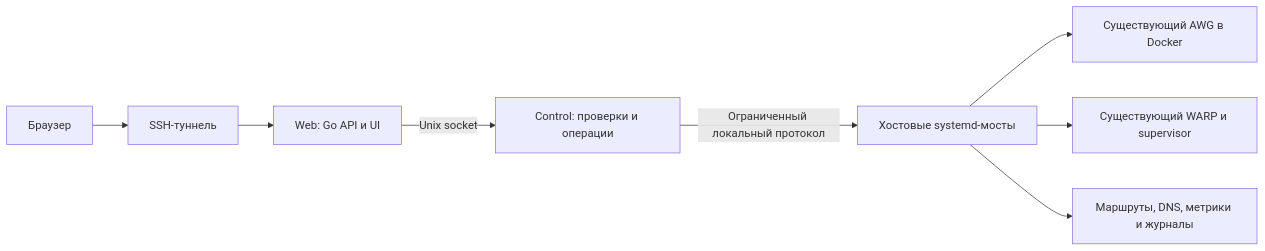
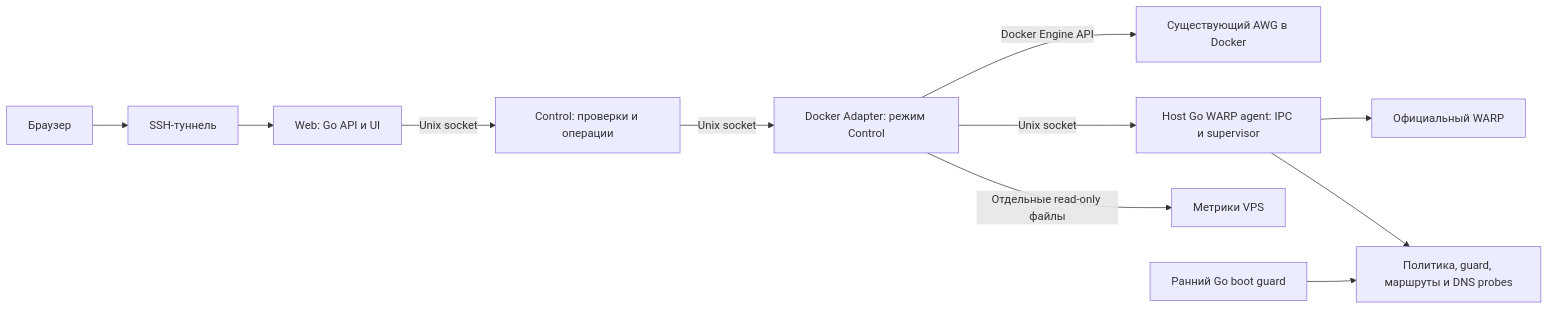
Before and after one commit to khorevaa/awg-vps-control: the diagram in docs/development_plan.md, drawn with Mermaid. The commit also changed other lines of this file and 81 other files, not shown here.

Commit message:
feat: implement Docker panel and host WARP management with release workflows

````diff
--- a/docs/development_plan.md
+++ b/docs/development_plan.md
@@ -35,10 +37,13 @@
 ```mermaid
 flowchart LR
     browser[Браузер] --> ssh[SSH-туннель]
     ssh --> web[Web: Go API и UI]
     web -->|Unix socket| control[Control: проверки и операции]
-    control -->|Ограниченный локальный протокол| bridge[Хостовые systemd-мосты]
-    bridge --> awg[Существующий AWG в Docker]
-    bridge --> warp[Существующий WARP и supervisor]
-    bridge --> host[Маршруты, DNS, метрики и журналы]
+    control -->|Unix socket| adapter[Docker Adapter: режим Control]
+    adapter -->|Docker Engine API| awg[Существующий AWG в Docker]
+    adapter -->|Unix socket| warp_agent[Host Go WARP agent: IPC и supervisor]
+    adapter -->|Отдельные read-only файлы| metrics[Метрики VPS]
+    warp_agent --> warp[Официальный WARP]
+    warp_agent --> routing[Политика, guard, маршруты и DNS probes]
+    guard[Ранний Go boot guard] --> routing
 ```
````
